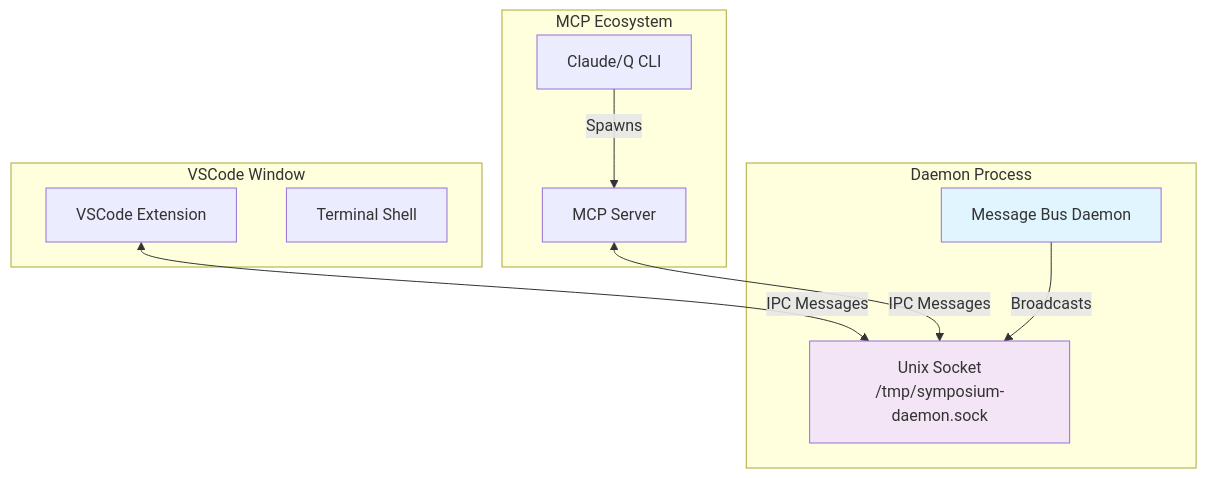
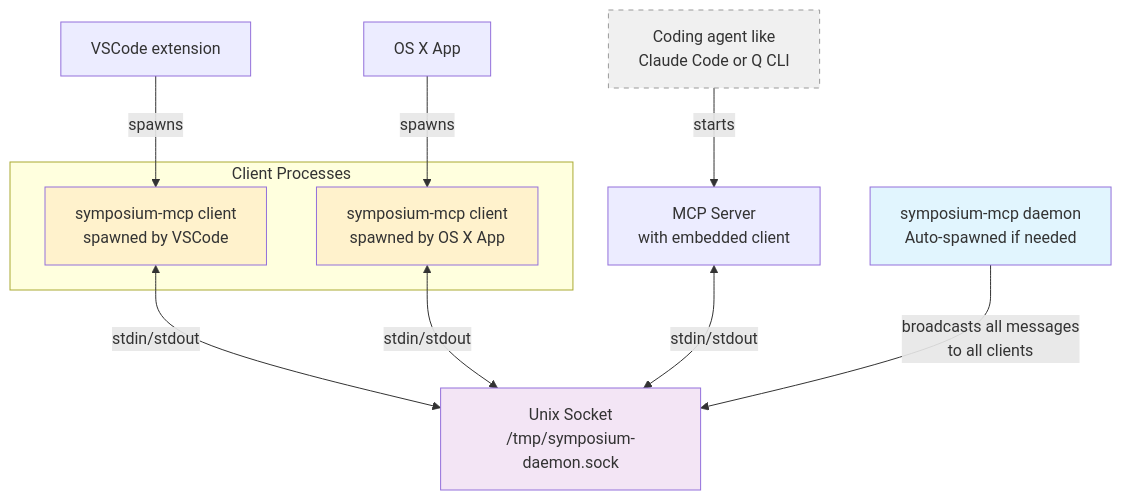
One commit to socratic-shell/symposium changed the diagram in md/design/daemon.md. Above: the diagram before and after it, drawn with Mermaid. The commit also changed other lines of this file, not shown here.

First line of the commit message:
Update daemon architecture documentation to match implementation

````diff
--- a/md/design/daemon.md
+++ b/md/design/daemon.md
@@ -7,25 +7,31 @@
 ```mermaid
 graph TB
-    subgraph "VSCode Window"
-        EXT[VSCode Extension]
-        TERM[Terminal Shell]
+    OSX[OS X App]
+    MCP[MCP Server<br/>with embedded client]
+    EXT[VSCode extension]
+    DAEMON[symposium-mcp daemon<br/>Auto-spawned if needed]
+    SOCKET[Unix Socket<br>/tmp/symposium-daemon.sock]
+    AGENT[Coding agent like<br>Claude Code or Q CLI]
+    
+    subgraph "Client Processes"
+        CLIENT2[symposium-mcp client<br/>spawned by OS X App]
+        CLIENT1[symposium-mcp client<br/>spawned by VSCode]
     end
     
-    subgraph "MCP Ecosystem" 
-        MCP[MCP Server]
-        CLIENT[Claude/Q CLI]
-    end
+    EXT -->|spawns| CLIENT1
+    OSX -->|spawns| CLIENT2
     
-    subgraph "Daemon Process"
-        DAEMON[Message Bus Daemon]
-        SOCKET[Unix Socket<br>/tmp/symposium-daemon.sock]
-    end
+    CLIENT1 <-->|stdin/stdout| SOCKET
+    CLIENT2 <-->|stdin/stdout| SOCKET
+    MCP <-->|stdin/stdout| SOCKET
+
+    AGENT -- starts --> MCP
     
-    EXT <-->|IPC Messages| SOCKET
-    MCP <-->|IPC Messages| SOCKET
-    CLIENT -->|Spawns| MCP
-    DAEMON -->|Broadcasts| SOCKET
+    DAEMON -->|broadcasts all messages<br/>to all clients| SOCKET
     
     style DAEMON fill:#e1f5fe
     style SOCKET fill:#f3e5f5
+    style CLIENT1 fill:#fff2cc
+    style CLIENT2 fill:#fff2cc
+    style AGENT fill:#f0f0f0,stroke:#999,stroke-dasharray: 5 5
 ```
````
